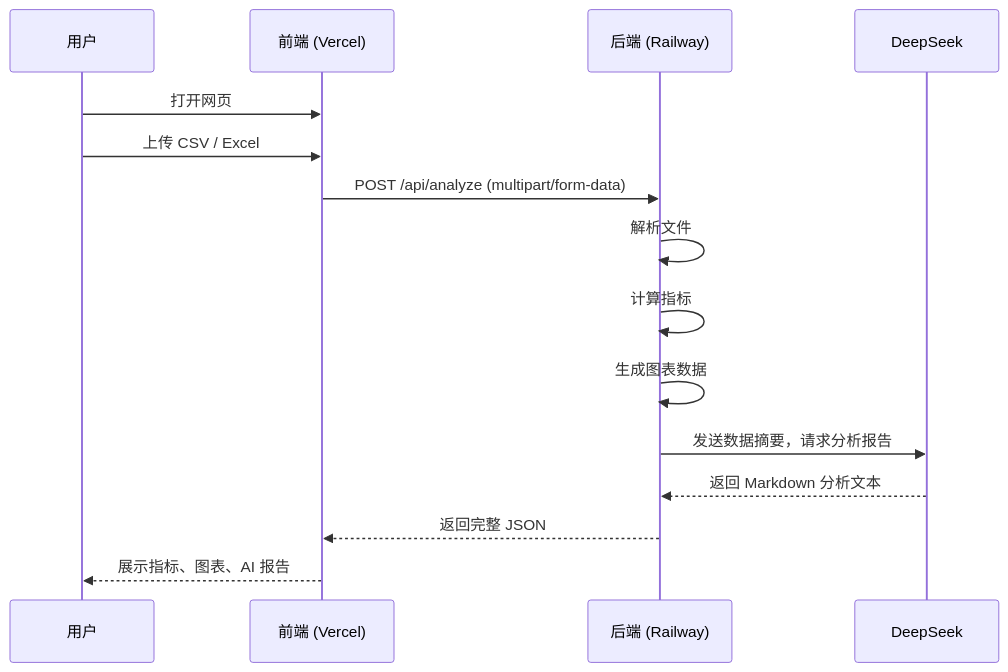
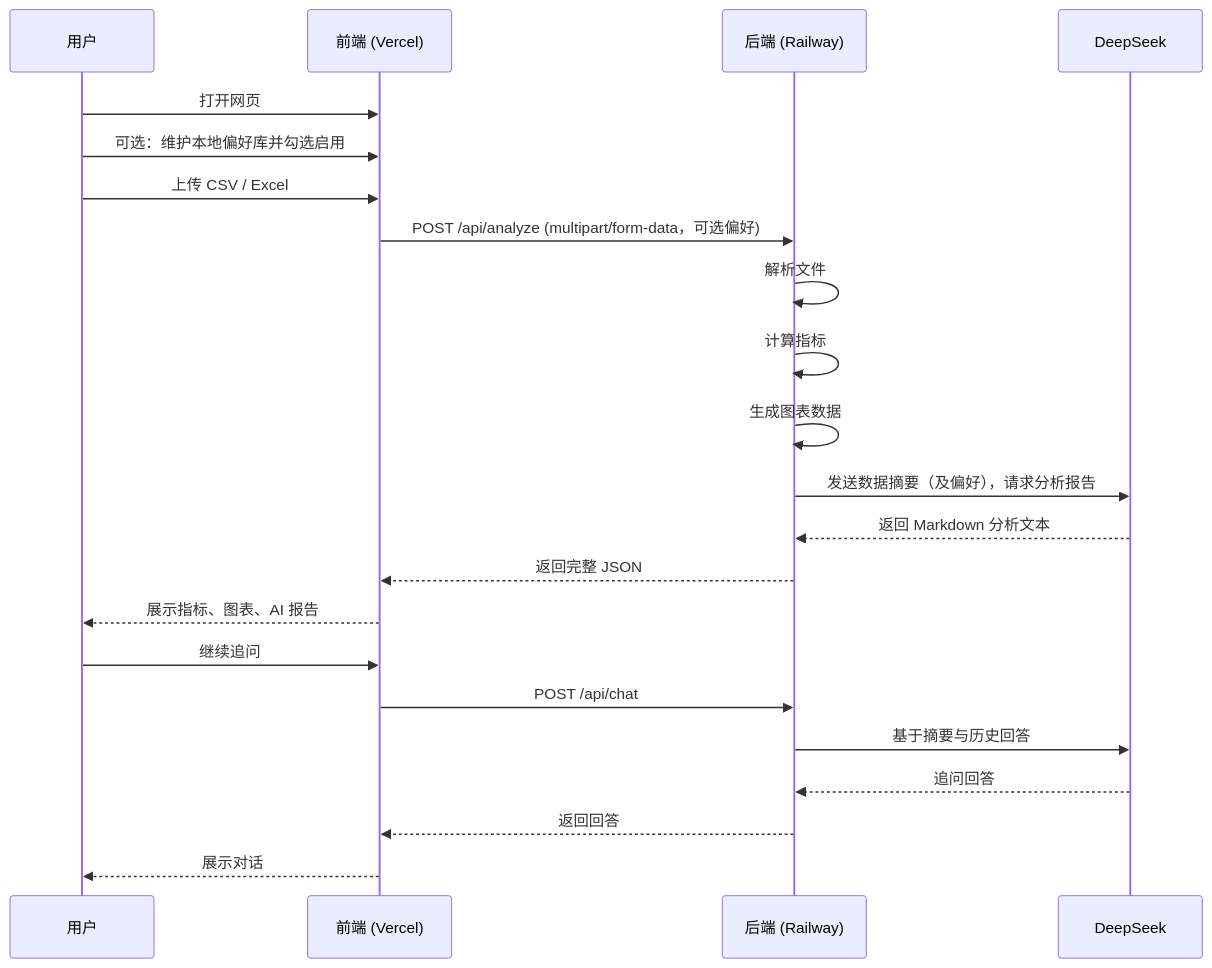
Before and after one commit to Kyrie35/data-analysis-agent: the third of 3 diagrams in docs/项目说明.md, drawn with Mermaid. The commit also changed other lines of this file and 21 other files, not shown here.

````diff
--- a/docs/项目说明.md
+++ b/docs/项目说明.md
@@ -132,18 +140,25 @@
 ```mermaid
 sequenceDiagram
     participant U as 用户
     participant F as 前端 (Vercel)
     participant B as 后端 (Railway)
     participant D as DeepSeek
 
     U->>F: 打开网页
+    U->>F: 可选：维护本地偏好库并勾选启用
     U->>F: 上传 CSV / Excel
-    F->>B: POST /api/analyze (multipart/form-data)
+    F->>B: POST /api/analyze (multipart/form-data，可选偏好)
     B->>B: 解析文件
     B->>B: 计算指标
     B->>B: 生成图表数据
-    B->>D: 发送数据摘要，请求分析报告
+    B->>D: 发送数据摘要（及偏好），请求分析报告
     D-->>B: 返回 Markdown 分析文本
     B-->>F: 返回完整 JSON
     F-->>U: 展示指标、图表、AI 报告
+    U->>F: 继续追问
+    F->>B: POST /api/chat
+    B->>D: 基于摘要与历史回答
+    D-->>B: 追问回答
+    B-->>F: 返回回答
+    F-->>U: 展示对话
 ```
````
